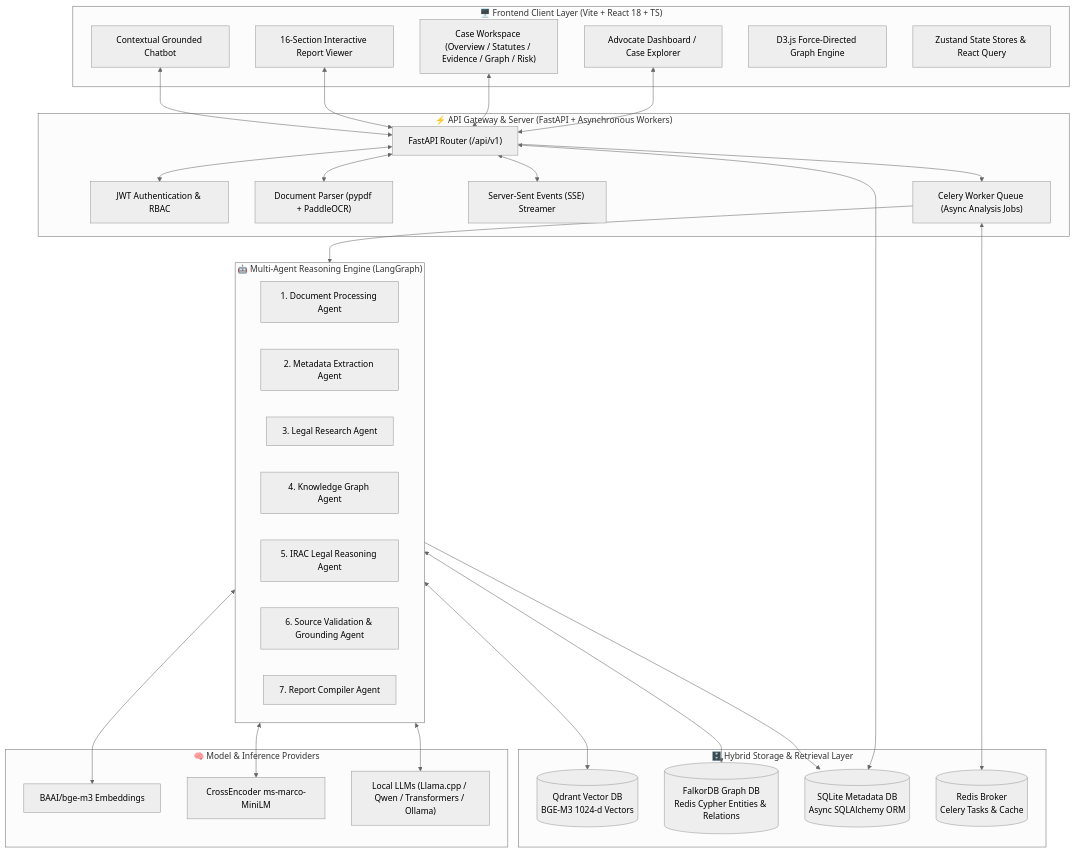
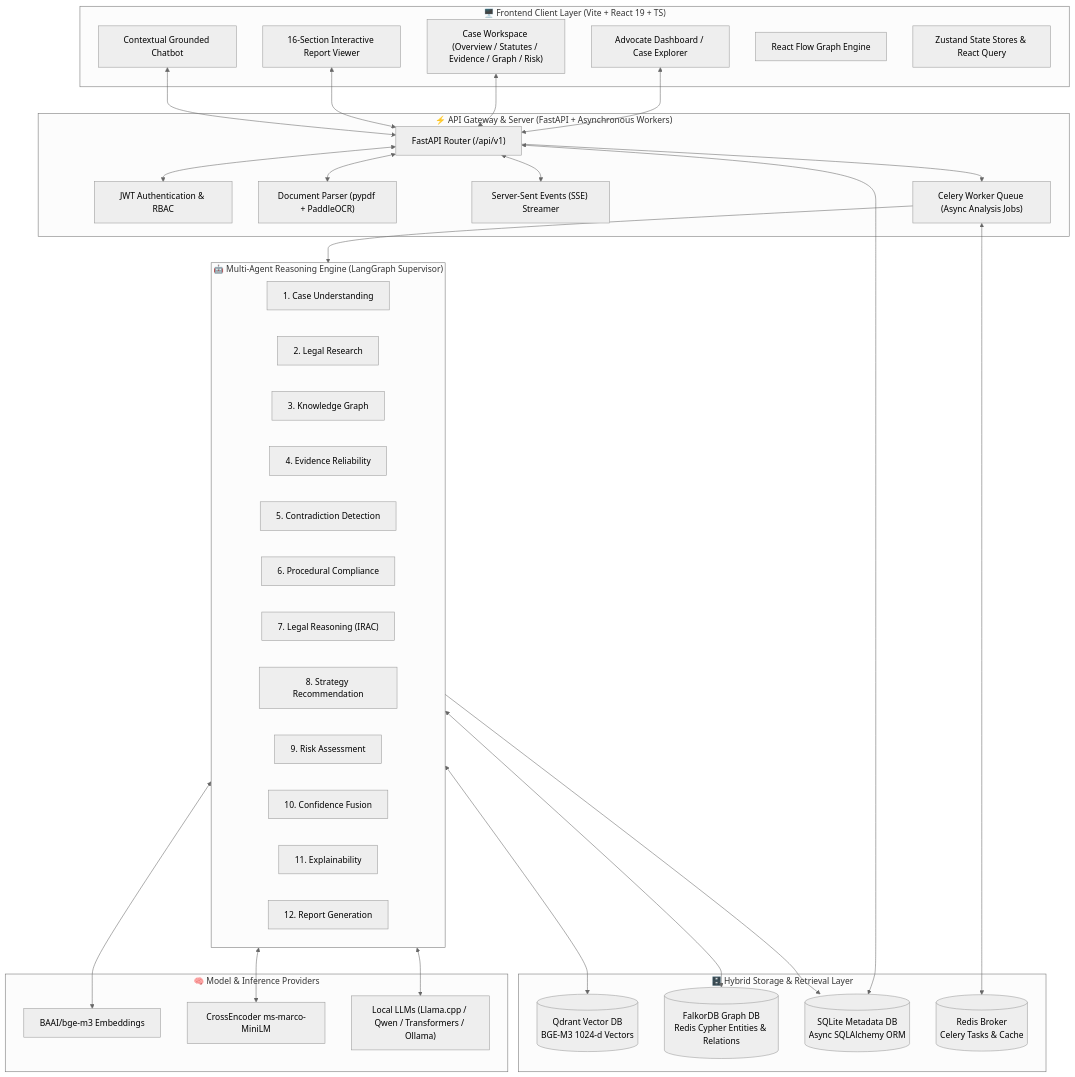
Before and after one commit to gokul03-tech/lex-org: the first of 4 diagrams in README.md, drawn with Mermaid (neutral theme). The commit also changed other lines of this file and 39 other files, not shown here.

````diff
--- a/README.md
+++ b/README.md
@@ -70,61 +70,66 @@
 ```mermaid
 graph TB
-    subgraph ClientLayer["🖥️ Frontend Client Layer (Vite + React 18 + TS)"]
+    subgraph ClientLayer["🖥️ Frontend Client Layer (Vite + React 19 + TS)"]
         UI["Advocate Dashboard / Case Explorer"]
         Workspace["Case Workspace (Overview / Statutes / Evidence / Graph / Risk)"]
         ReportView["16-Section Interactive Report Viewer"]
         ChatDrawer["Contextual Grounded Chatbot"]
-        GraphViz["D3.js Force-Directed Graph Engine"]
+        GraphViz["React Flow Graph Engine"]
         ZustandStore["Zustand State Stores & React Query"]
     end
 
     subgraph APILayer["⚡ API Gateway & Server (FastAPI + Asynchronous Workers)"]
         Router["FastAPI Router (/api/v1)"]
         AuthService["JWT Authentication & RBAC"]
         UploadHandler["Document Parser (pypdf + PaddleOCR)"]
         SSEStream["Server-Sent Events (SSE) Streamer"]
         CeleryWorker["Celery Worker Queue (Async Analysis Jobs)"]
     end
 
-    subgraph AgentPipeline["🤖 Multi-Agent Reasoning Engine (LangGraph)"]
-        A1["1. Document Processing Agent"]
-        A2["2. Metadata Extraction Agent"]
-        A3["3. Legal Research Agent"]
-        A4["4. Knowledge Graph Agent"]
-        A5["5. IRAC Legal Reasoning Agent"]
-        A6["6. Source Validation & Grounding Agent"]
-        A7["7. Report Compiler Agent"]
+    subgraph AgentPipeline["🤖 Multi-Agent Reasoning Engine (LangGraph Supervisor)"]
+        A1["1. Case Understanding"]
+        A2["2. Legal Research"]
+        A3["3. Knowledge Graph"]
+        A4["4. Evidence Reliability"]
+        A5["5. Contradiction Detection"]
+        A6["6. Procedural Compliance"]
+        A7["7. Legal Reasoning (IRAC)"]
+        A8["8. Strategy Recommendation"]
+        A9["9. Risk Assessment"]
+        A10["10. Confidence Fusion"]
+        A11["11. Explainability"]
+        A12["12. Report Generation"]
     end
 
     subgraph StorageLayer["🗄️ Hybrid Storage & Retrieval Layer"]
         QdrantDB[("Qdrant Vector DB<br/>BGE-M3 1024-d Vectors")]
         FalkorGraph[("FalkorDB Graph DB<br/>Redis Cypher Entities & Relations")]
         SQLiteDB[("SQLite Metadata DB<br/>Async SQLAlchemy ORM")]
         RedisQueue[("Redis Broker<br/>Celery Tasks & Cache")]
     end
 
     subgraph ModelLayer["🧠 Model & Inference Providers"]
         BGEM3["BAAI/bge-m3 Embeddings"]
         Reranker["CrossEncoder ms-marco-MiniLM"]
         LocalLLM["Local LLMs (Llama.cpp / Qwen / Transformers / Ollama)"]
     end
 
     UI <--> Router
     Workspace <--> Router
     ReportView <--> Router
     ChatDrawer <--> Router
     Router <--> AuthService
     Router <--> UploadHandler
     Router <--> SSEStream
     Router <--> SQLiteDB
     Router --> CeleryWorker
     CeleryWorker <--> RedisQueue
     CeleryWorker --> AgentPipeline
 
     AgentPipeline <--> BGEM3
     AgentPipeline <--> Reranker
     AgentPipeline <--> LocalLLM
     AgentPipeline <--> QdrantDB
     AgentPipeline <--> FalkorGraph
     AgentPipeline --> SQLiteDB
 ```
````
